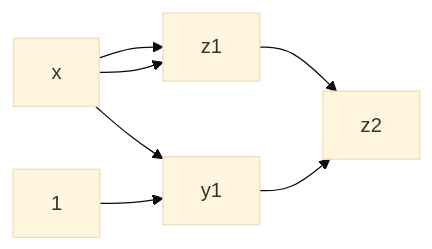
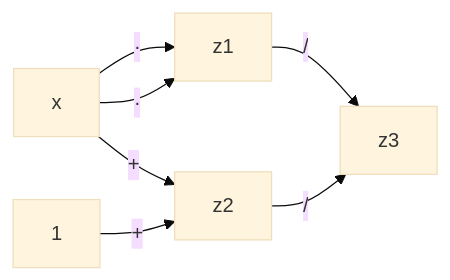
One commit to SuperSamus/appunti-universitari changed the sixth of 6 diagrams in trash/Calcolo numerico/Esercizi errore.md. Above: the diagram before and after it, drawn with Mermaid (base theme). The commit also changed other lines of this file, not shown here.

````diff
--- a/trash/Calcolo numerico/Esercizi errore.md
+++ b/trash/Calcolo numerico/Esercizi errore.md
@@ -82,9 +81,9 @@
 ```mermaid
 flowchart LR
-x --> z1
-x --> z1
-x --> y1
-1 --> y1
-z1 --> z2
-y1 --> z2
+x -- · --> z1
+x -- · --> z1
+x -- + --> z2
+1 -- + --> z2
+z1 -- / --> z3
+z2 -- / --> z3
 ```
````
